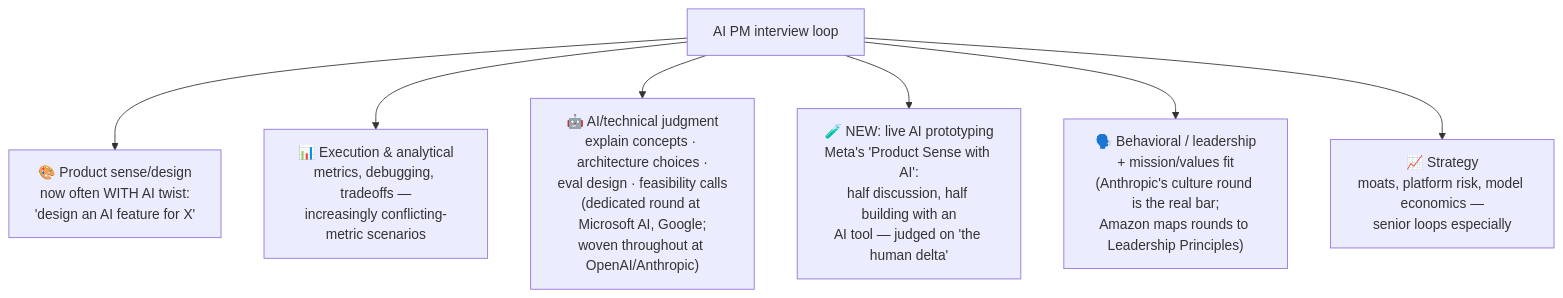
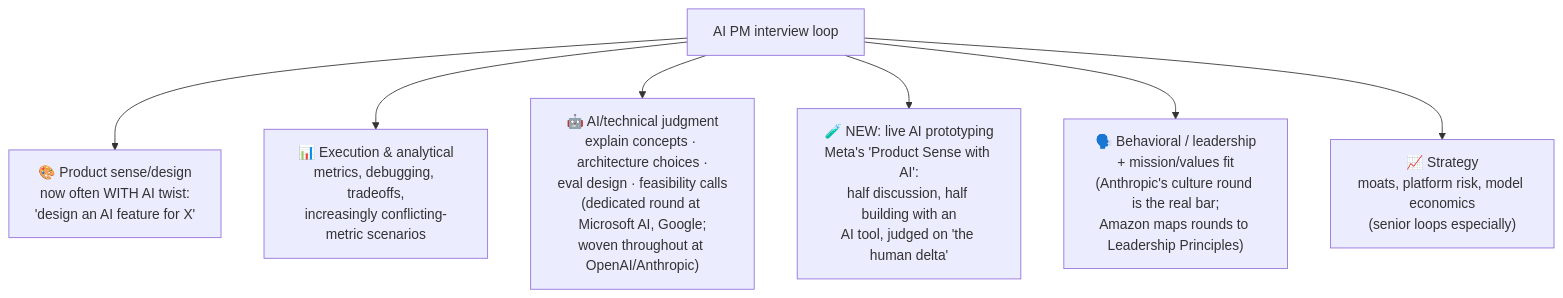
The diagram in 07-interview-prep/README.md (sugirdadinakar/AI-for-Product-Managers), drawn with Mermaid before and after one commit. The commit also changed other lines of this file and 59 other files, not shown here.

````diff
--- a/07-interview-prep/README.md
+++ b/07-interview-prep/README.md
@@ -9,9 +9,9 @@
 ```mermaid
 flowchart TD
     A[AI PM interview loop] --> B["🎨 Product sense/design<br/>now often WITH AI twist:<br/>'design an AI feature for X'"]
-    A --> C["📊 Execution & analytical<br/>metrics, debugging, tradeoffs —<br/>increasingly conflicting-metric scenarios"]
+    A --> C["📊 Execution & analytical<br/>metrics, debugging, tradeoffs,<br/>increasingly conflicting-metric scenarios"]
     A --> D["🤖 AI/technical judgment<br/>explain concepts · architecture choices ·<br/>eval design · feasibility calls<br/>(dedicated round at Microsoft AI, Google;<br/>woven throughout at OpenAI/Anthropic)"]
-    A --> E["🧪 NEW: live AI prototyping<br/>Meta's 'Product Sense with AI':<br/>half discussion, half building with an<br/>AI tool — judged on 'the human delta'"]
+    A --> E["🧪 NEW: live AI prototyping<br/>Meta's 'Product Sense with AI':<br/>half discussion, half building with an<br/>AI tool, judged on 'the human delta'"]
     A --> F["🗣️ Behavioral / leadership<br/>+ mission/values fit<br/>(Anthropic's culture round is the real bar;<br/>Amazon maps rounds to Leadership Principles)"]
-    A --> G["📈 Strategy<br/>moats, platform risk, model economics —<br/>senior loops especially"]
+    A --> G["📈 Strategy<br/>moats, platform risk, model economics<br/>(senior loops especially)"]
 ```
````
